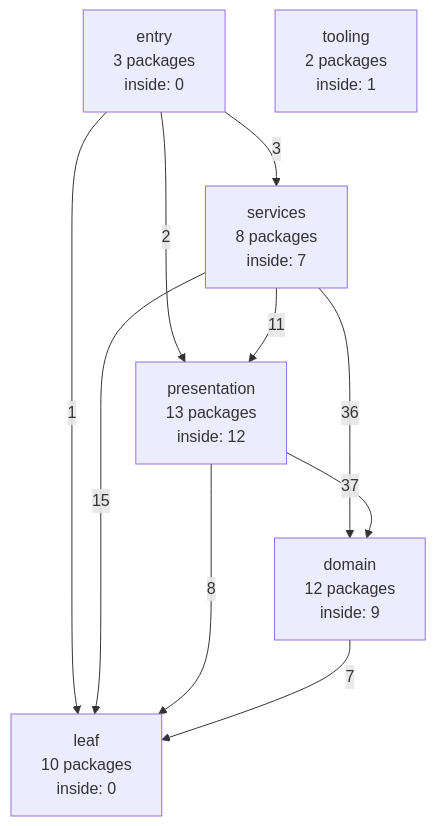
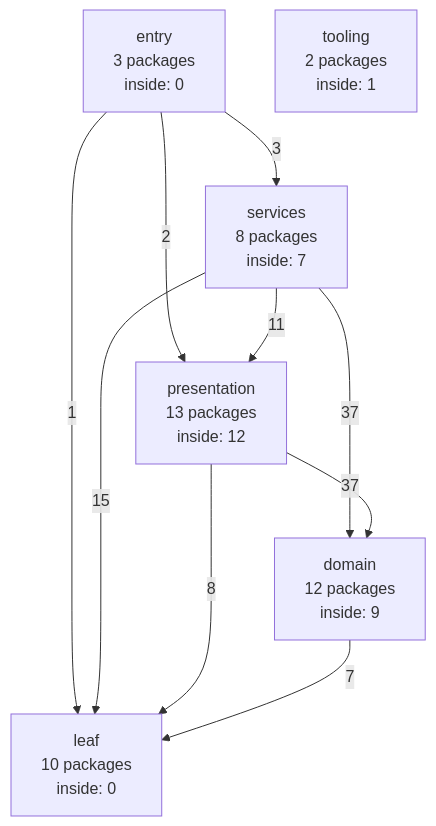
The diagram in docs/internals/generated/package-graph.md (ladydascalie/dm), drawn with Mermaid before and after one commit. The commit also changed other lines of this file, not shown here.

First line of the commit message:
docs: regenerate the package graph

````diff
--- a/docs/internals/generated/package-graph.md
+++ b/docs/internals/generated/package-graph.md
@@ -58,18 +58,18 @@
 ```mermaid
 flowchart TD
   entry["entry<br/>3 packages<br/>inside: 0"]
   services["services<br/>8 packages<br/>inside: 7"]
   presentation["presentation<br/>13 packages<br/>inside: 12"]
   domain["domain<br/>12 packages<br/>inside: 9"]
   leaf["leaf<br/>10 packages<br/>inside: 0"]
   tooling["tooling<br/>2 packages<br/>inside: 1"]
   entry -->|3| services
   entry -->|2| presentation
   entry -->|1| leaf
   services -->|11| presentation
-  services -->|36| domain
+  services -->|37| domain
   services -->|15| leaf
   presentation -->|37| domain
   presentation -->|8| leaf
   domain -->|7| leaf
 ```
````
